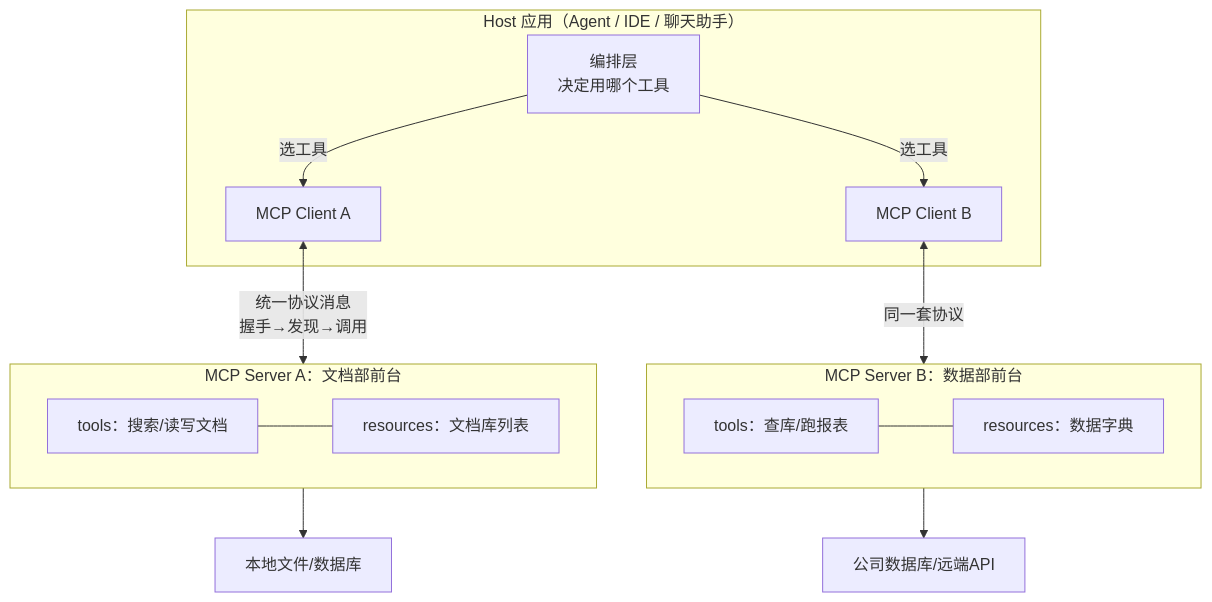
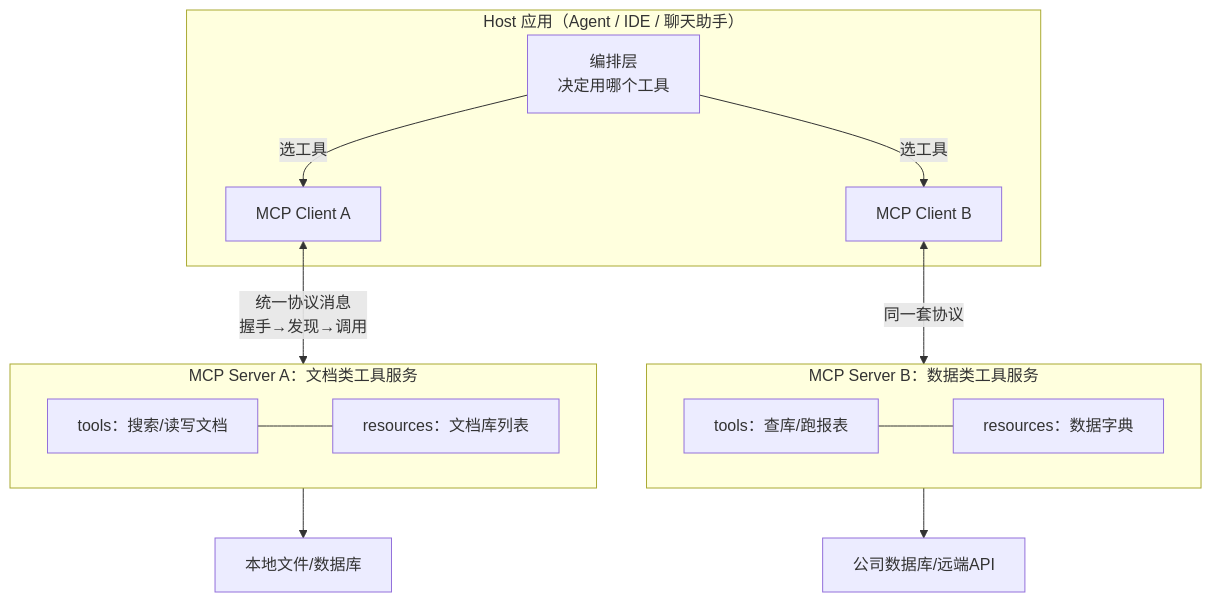
The diagram in 13.AI系统架构设计/第04课_MCP工具架构/第04课.md (xxxAndlk/AI_Agent_Learning_path), drawn with Mermaid before and after one commit. The commit also changed other lines of this file and 13 other files, not shown here.

````diff
--- a/13.AI系统架构设计/第04课_MCP工具架构/第04课.md
+++ b/13.AI系统架构设计/第04课_MCP工具架构/第04课.md
@@ -13,24 +13,24 @@
 ```mermaid
 flowchart TD
     subgraph HOST["Host 应用（Agent / IDE / 聊天助手）"]
         LLM["编排层<br/>决定用哪个工具"]
         C1["MCP Client A"]
         C2["MCP Client B"]
         LLM -->|"选工具"| C1
         LLM -->|"选工具"| C2
     end
-    subgraph SERVER_A["MCP Server A：文档部前台"]
+    subgraph SERVER_A["MCP Server A：文档类工具服务"]
         TL_A["tools：搜索/读写文档"]
         RS_A["resources：文档库列表"]
         TL_A --- RS_A
     end
-    subgraph SERVER_B["MCP Server B：数据部前台"]
+    subgraph SERVER_B["MCP Server B：数据类工具服务"]
         TL_B["tools：查库/跑报表"]
         RS_B["resources：数据字典"]
         TL_B --- RS_B
     end
     C1 <-->|"统一协议消息<br/>握手→发现→调用"| SERVER_A
     C2 <-->|"同一套协议"| SERVER_B
     SERVER_A --> DISK["本地文件/数据库"]
     SERVER_B --> DB["公司数据库/远端API"]
 ```
````
